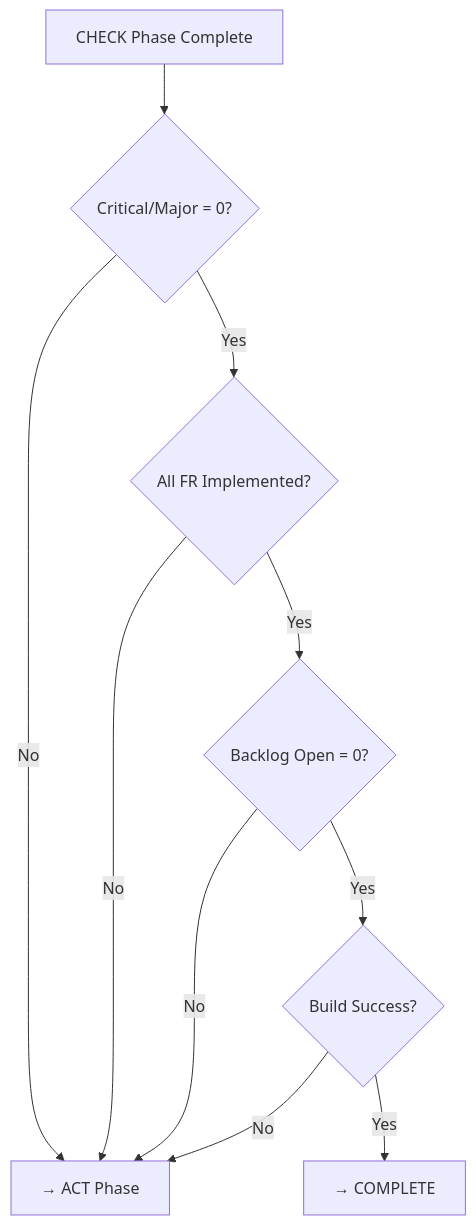
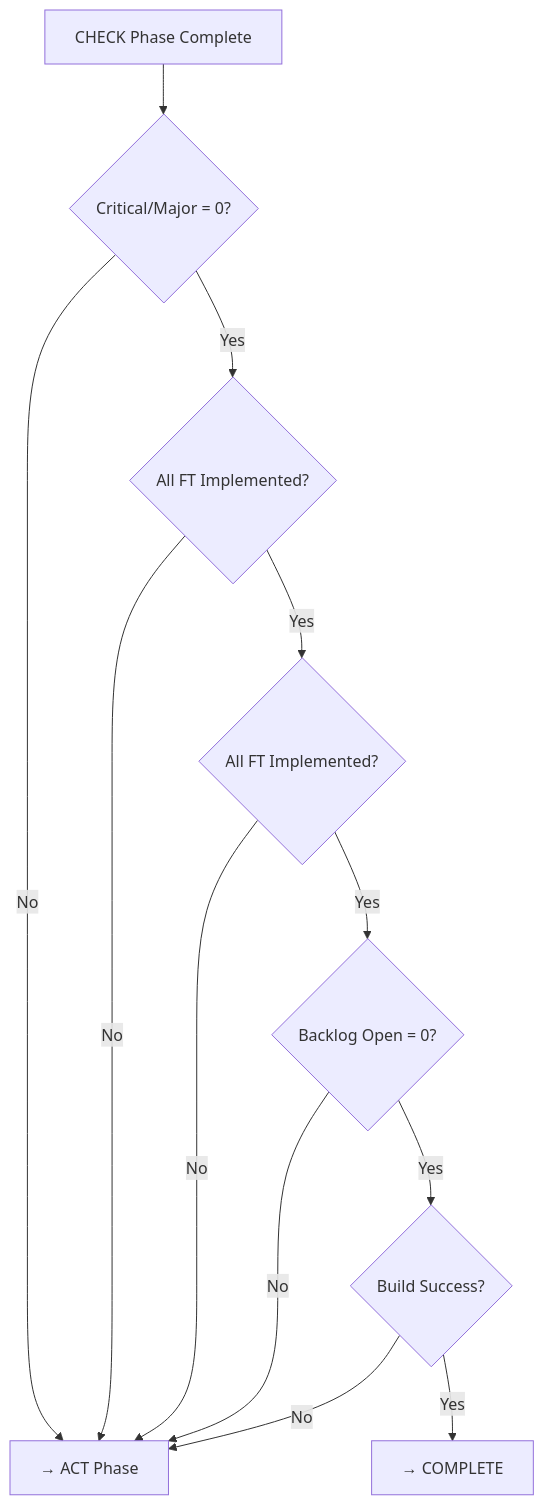
Before and after one commit to upleat-ax/u-maker-plugin: the fourth of 4 diagrams in templates/04-check/4_Report_QA.template.md, drawn with Mermaid. The commit also changed other lines of this file and 79 other files, not shown here.

````diff
--- a/templates/04-check/4_Report_QA.template.md
+++ b/templates/04-check/4_Report_QA.template.md
@@ -165,12 +165,14 @@
 ```mermaid
 flowchart TD
     START[CHECK Phase Complete] --> Q1{Critical/Major = 0?}
     Q1 -->|No| ACT[→ ACT Phase]
-    Q1 -->|Yes| Q2{All FR Implemented?}
+    Q1 -->|Yes| Q2{All FT Implemented?}
     Q2 -->|No| ACT
-    Q2 -->|Yes| Q3{Backlog Open = 0?}
+    Q2 -->|Yes| Q3{All FT Implemented?}
     Q3 -->|No| ACT
-    Q3 -->|Yes| Q4{Build Success?}
+    Q3 -->|Yes| Q4{Backlog Open = 0?}
     Q4 -->|No| ACT
-    Q4 -->|Yes| COMPLETE[→ COMPLETE]
+    Q4 -->|Yes| Q5{Build Success?}
+    Q5 -->|No| ACT
+    Q5 -->|Yes| COMPLETE[→ COMPLETE]
 ```
````
